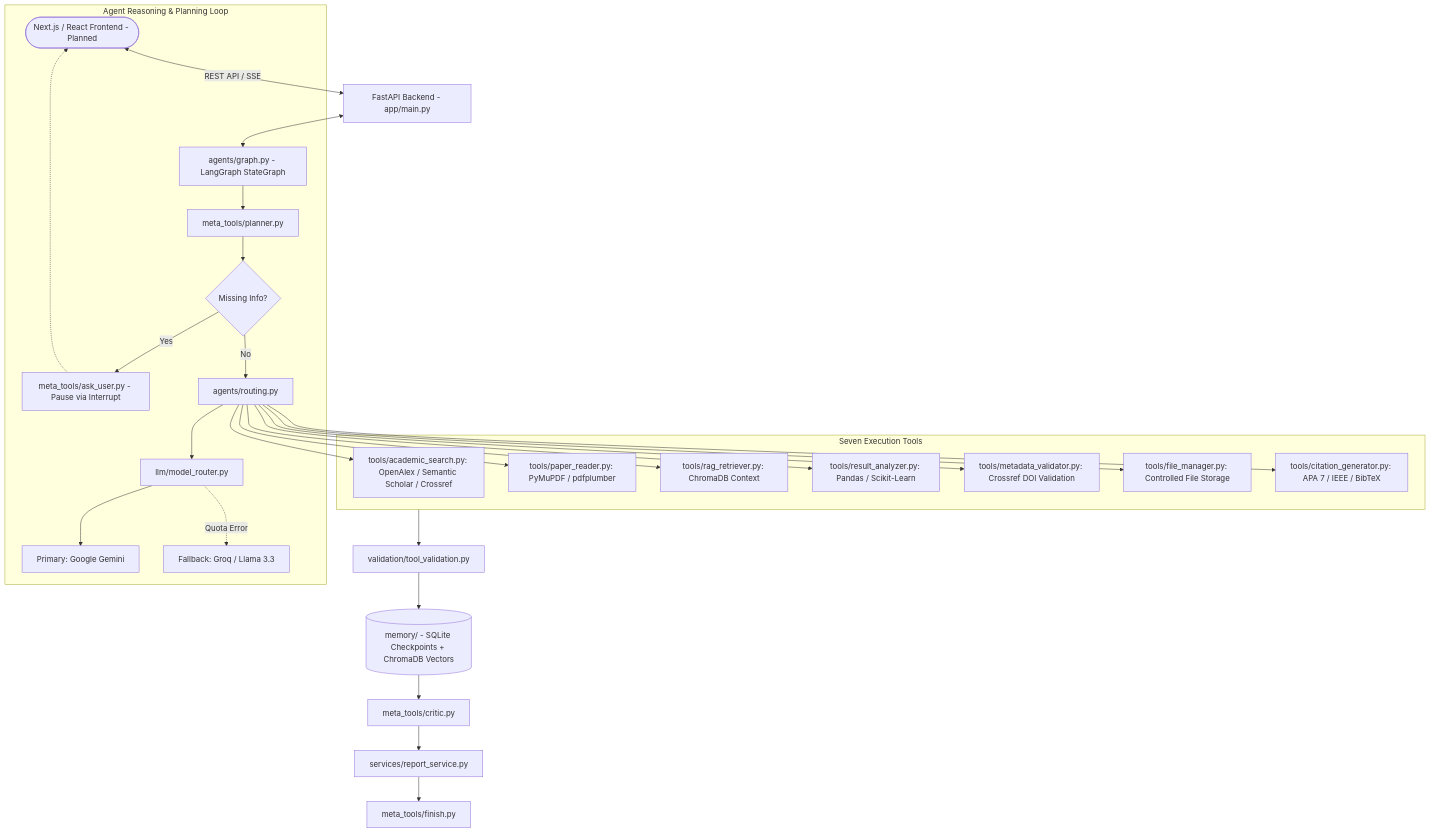
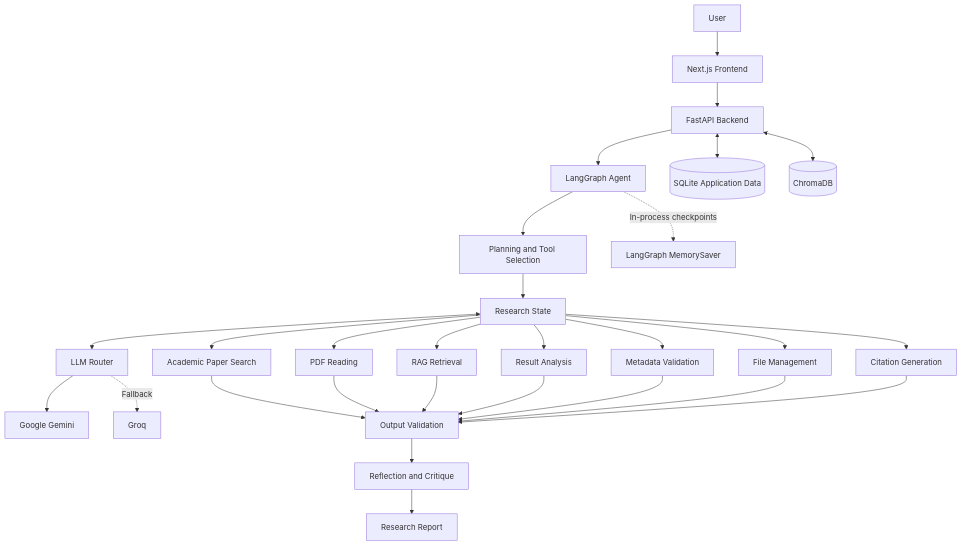
Before and after one commit to yeezyyoba/AIRA: the diagram in README.md, drawn with Mermaid. The commit also changed other lines of this file and 13 other files, not shown here.

````diff
--- a/README.md
+++ b/README.md
@@ -18,34 +30,36 @@
 ```mermaid
 flowchart TD
-    Client([Next.js / React Frontend - Planned]) <-->|REST API / SSE| FastAPI[FastAPI Backend - app/main.py]
-    FastAPI <--> Graph[agents/graph.py - LangGraph StateGraph]
-    
-    subgraph AgentLoop [Agent Reasoning & Planning Loop]
-        Graph --> Planner[meta_tools/planner.py]
-        Planner --> CheckInfo{Missing Info?}
-        CheckInfo -- Yes --> AskUser[meta_tools/ask_user.py - Pause via Interrupt]
-        AskUser -.-> Client
-        CheckInfo -- No --> ToolSelect[agents/routing.py]
-        
-        ToolSelect --> ModelRouter[llm/model_router.py]
-        ModelRouter --> Gemini[Primary: Google Gemini]
-        ModelRouter -. Quota Error .-> Groq[Fallback: Groq / Llama 3.3]
-    end
+    U[User] --> F[Next.js Frontend]
+    F --> API[FastAPI Backend]
+    API --> G[LangGraph Agent]
 
-    subgraph ExecutionLayer [Seven Execution Tools]
-        ToolSelect --> T1[tools/academic_search.py: OpenAlex / Semantic Scholar / Crossref]
-        ToolSelect --> T2[tools/paper_reader.py: PyMuPDF / pdfplumber]
-        ToolSelect --> T3[tools/rag_retriever.py: ChromaDB Context]
-        ToolSelect --> T4[tools/result_analyzer.py: Pandas / Scikit-Learn]
-        ToolSelect --> T5[tools/metadata_validator.py: Crossref DOI Validation]
-        ToolSelect --> T6[tools/file_manager.py: Controlled File Storage]
-        ToolSelect --> T7[tools/citation_generator.py: APA 7 / IEEE / BibTeX]
-    end
+    G --> P[Planning and Tool Selection]
+    P --> S[Research State]
+    S <--> L[LLM Router]
 
-    ExecutionLayer --> Validation[validation/tool_validation.py]
-    Validation --> Memory[(memory/ - SQLite Checkpoints + ChromaDB Vectors)]
-    Memory --> Critic[meta_tools/critic.py]
-    
-    Critic --> Report[services/report_service.py]
-    Report --> Finish[meta_tools/finish.py]
+    L --> GM[Google Gemini]
+    L -. Fallback .-> GR[Groq]
+
+    S --> T1[Academic Paper Search]
+    S --> T2[PDF Reading]
+    S --> T3[RAG Retrieval]
+    S --> T4[Result Analysis]
+    S --> T5[Metadata Validation]
+    S --> T6[File Management]
+    S --> T7[Citation Generation]
+
+    T1 --> V[Output Validation]
+    T2 --> V
+    T3 --> V
+    T4 --> V
+    T5 --> V
+    T6 --> V
+    T7 --> V
+
+    V --> R[Reflection and Critique]
+    R --> D[Research Report]
+
+    API <--> DB[(SQLite Application Data)]
+    API <--> CH[(ChromaDB)]
+    G -. In-process checkpoints .-> MS[LangGraph MemorySaver]
 ```
````
